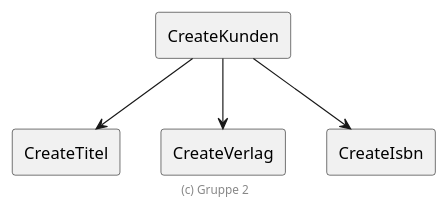
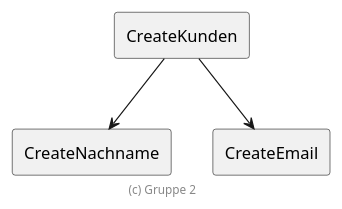
Before and after one commit to Wichlee/kundeweb: the diagram in extras/doc/komponentenbaum.CreateKunde.plantuml, drawn with PlantUML. The commit also changed 2 other files, not shown here.

```diff
--- a/extras/doc/komponentenbaum.CreateKunde.plantuml
+++ b/extras/doc/komponentenbaum.CreateKunde.plantuml
@@ -18,16 +18,14 @@
 @startuml CreateKunden
 
 'top to bottom direction
 
 rectangle CreateKunden
-rectangle CreateTitel
-rectangle CreateVerlag
-rectangle CreateIsbn
+rectangle CreateNachname
+rectangle CreateEmail
 
-CreateKunden --> CreateTitel
-CreateKunden --> CreateVerlag
-CreateKunden --> CreateIsbn
+CreateKunden --> CreateNachname
+CreateKunden --> CreateEmail
 
 footer (c) Gruppe 2
 
 @enduml
```
